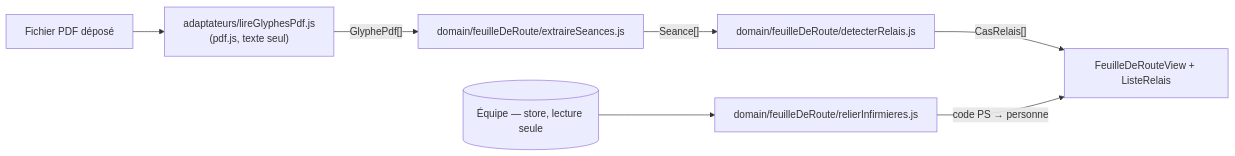
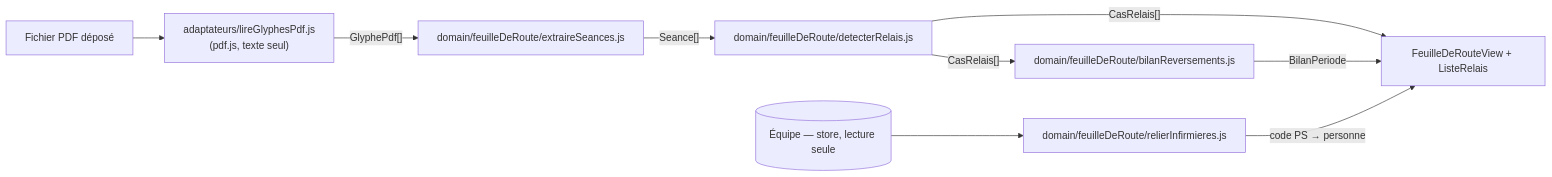
Before and after one commit to 0xTheOldOne/idelia: the diagram in docs/architecture/09-feuille-de-route-vega.md, drawn with Mermaid. The commit also changed other lines of this file and 9 other files, not shown here.

First line of the commit message:
feat(0035): bilan de la période sur la feuille de route

````diff
--- a/docs/architecture/09-feuille-de-route-vega.md
+++ b/docs/architecture/09-feuille-de-route-vega.md
@@ -9,9 +9,11 @@
 ```mermaid
 flowchart LR
   F[Fichier PDF déposé] --> A["adaptateurs/lireGlyphesPdf.js<br/>(pdf.js, texte seul)"]
   A -->|"GlyphePdf[]"| E["domain/feuilleDeRoute/extraireSeances.js"]
   E -->|"Seance[]"| D["domain/feuilleDeRoute/detecterRelais.js"]
+  D -->|"CasRelais[]"| B["domain/feuilleDeRoute/bilanReversements.js"]
   D -->|"CasRelais[]"| V[FeuilleDeRouteView + ListeRelais]
+  B -->|"BilanPeriode"| V
   P[(Équipe — store, lecture seule)] --> R["domain/feuilleDeRoute/relierInfirmieres.js"]
   R -->|"code PS → personne"| V
 ```
````
